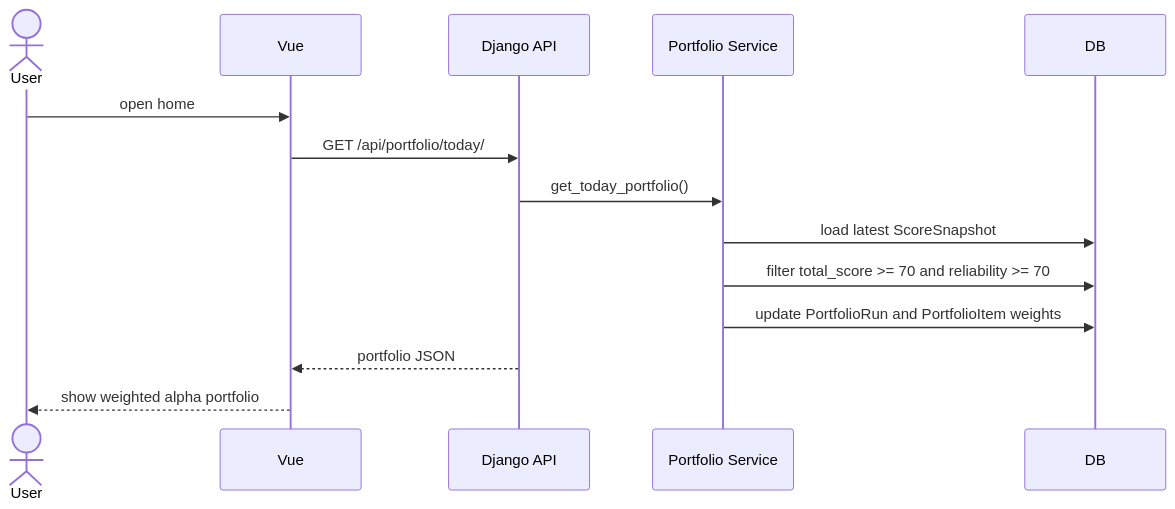
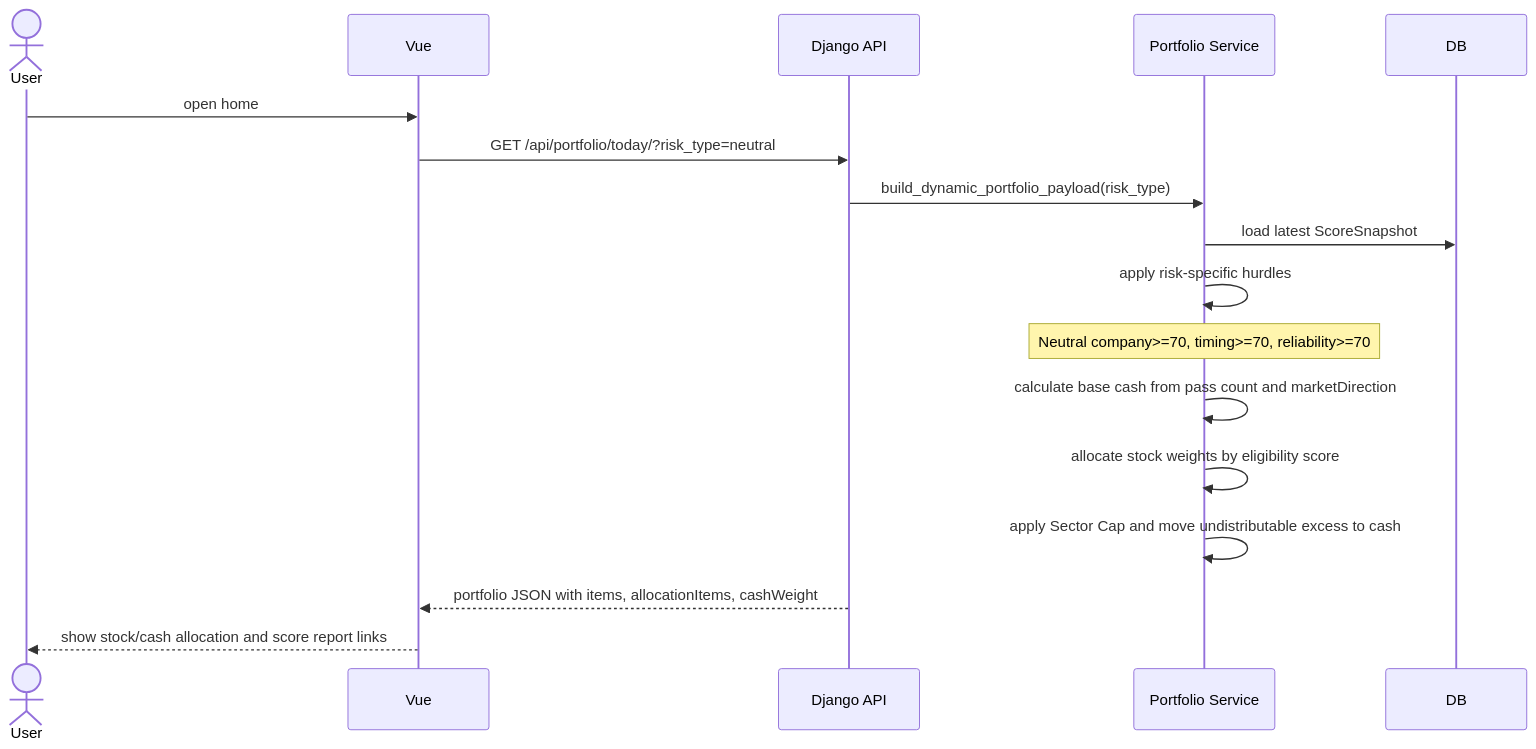
The third of 3 diagrams in docs/UML.md (Janjonghwa/Alphapick), drawn with Mermaid before and after one commit. The commit also changed other lines of this file and 80 other files, not shown here.

````diff
--- a/docs/UML.md
+++ b/docs/UML.md
@@ -73,17 +73,20 @@
 ```mermaid
 sequenceDiagram
   actor User
   participant Vue
   participant API as Django API
   participant Engine as Portfolio Service
   participant DB
 
   User->>Vue: open home
-  Vue->>API: GET /api/portfolio/today/
-  API->>Engine: get_today_portfolio()
+  Vue->>API: GET /api/portfolio/today/?risk_type=neutral
+  API->>Engine: build_dynamic_portfolio_payload(risk_type)
   Engine->>DB: load latest ScoreSnapshot
-  Engine->>DB: filter total_score >= 70 and reliability >= 70
-  Engine->>DB: update PortfolioRun and PortfolioItem weights
-  API-->>Vue: portfolio JSON
-  Vue-->>User: show weighted alpha portfolio
+  Engine->>Engine: apply risk-specific hurdles
+  Note over Engine: Neutral company>=70, timing>=70, reliability>=70
+  Engine->>Engine: calculate base cash from pass count and marketDirection
+  Engine->>Engine: allocate stock weights by eligibility score
+  Engine->>Engine: apply Sector Cap and move undistributable excess to cash
+  API-->>Vue: portfolio JSON with items, allocationItems, cashWeight
+  Vue-->>User: show stock/cash allocation and score report links
 ```
````
